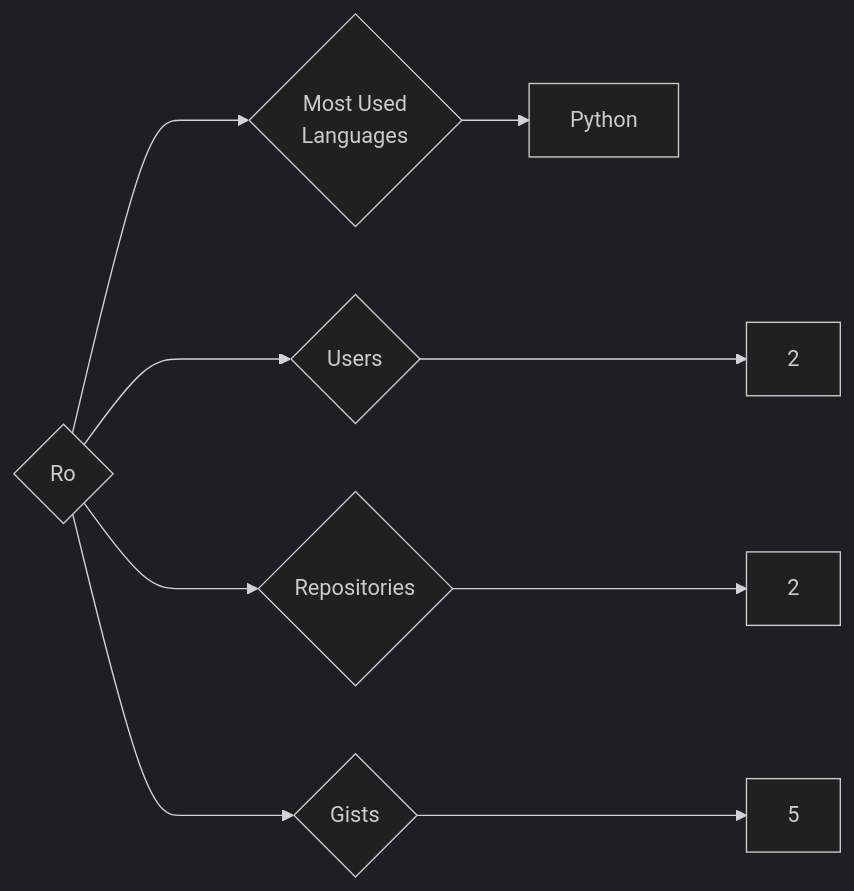
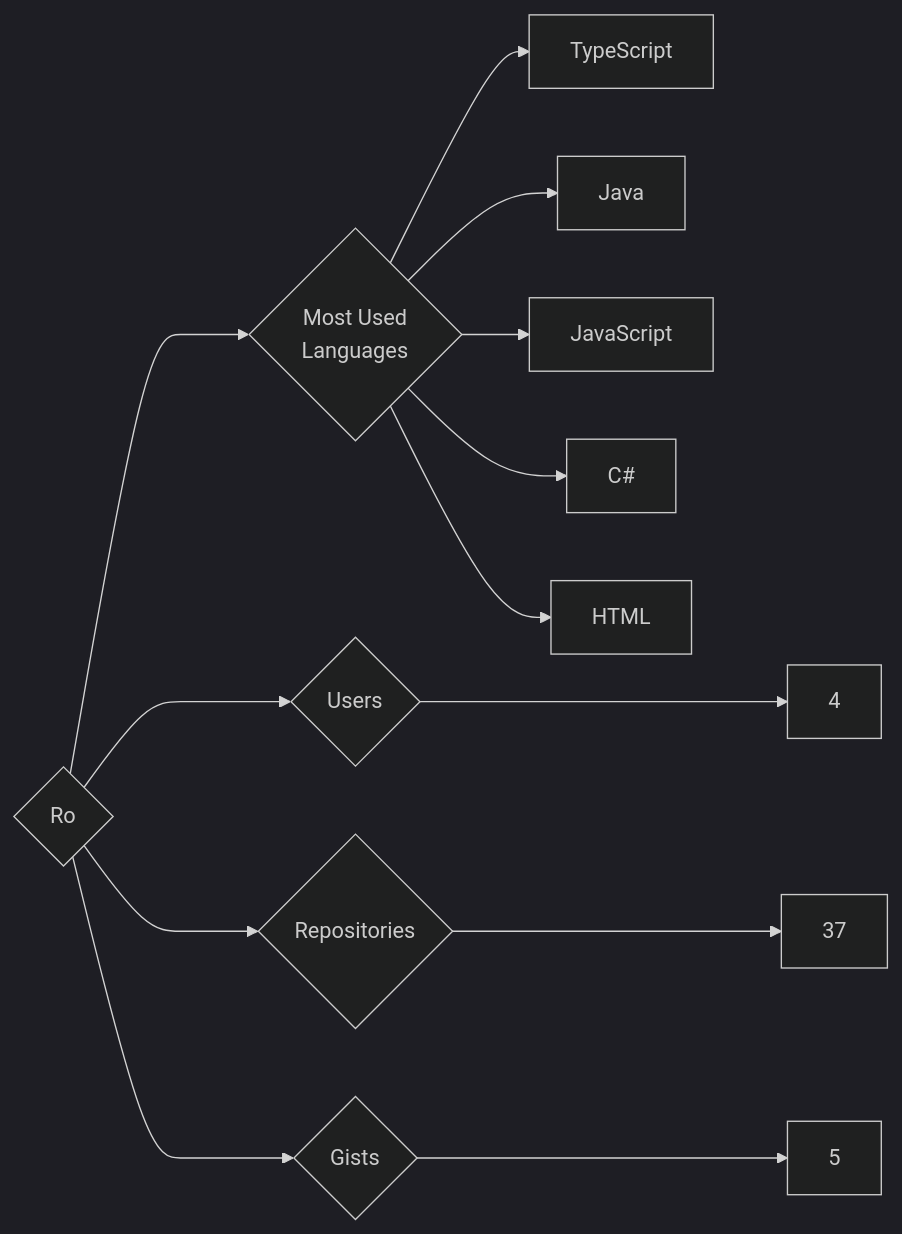
Before and after one commit to trickest/insiders: the diagram in targets/Ro/README.md, drawn with Mermaid (dark theme). The commit also changed 1389 other files, not shown here.

````diff
--- a/targets/Ro/README.md
+++ b/targets/Ro/README.md
@@ -3,9 +3,13 @@
 ```mermaid
 graph LR
 COMPANY_NAME{Ro}
-COMPANY_NAME ---> U{Users} ---> UN[2]
-COMPANY_NAME ---> R{Repositories} ---> RN[2]
+COMPANY_NAME ---> U{Users} ---> UN[4]
+COMPANY_NAME ---> R{Repositories} ---> RN[37]
 COMPANY_NAME ---> G{Gists} ---> GN[5]
 COMPANY_NAME ---> ML{Most Used<br>Languages}
-ML --> Python[Python]
+ML --> TypeScript[TypeScript]
+ML --> Java[Java]
+ML --> JavaScript[JavaScript]
+ML --> C#[C#]
+ML --> HTML[HTML]
 ```
````
